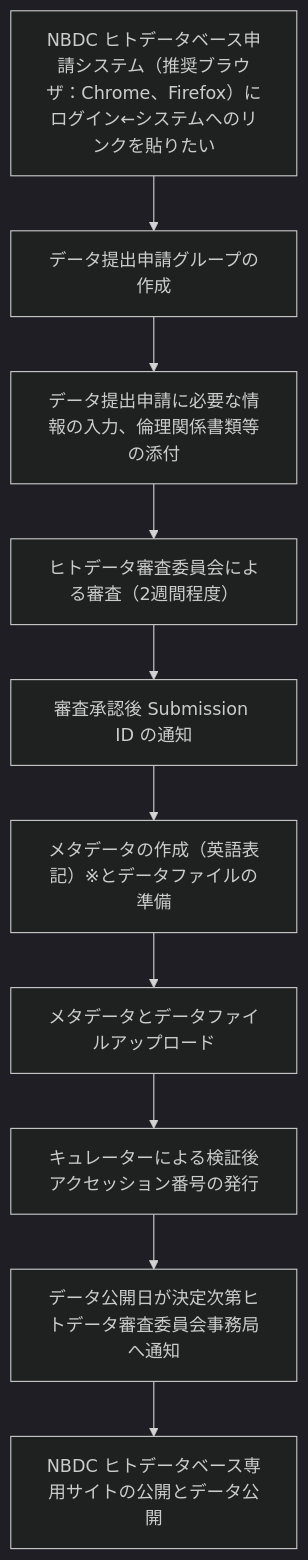
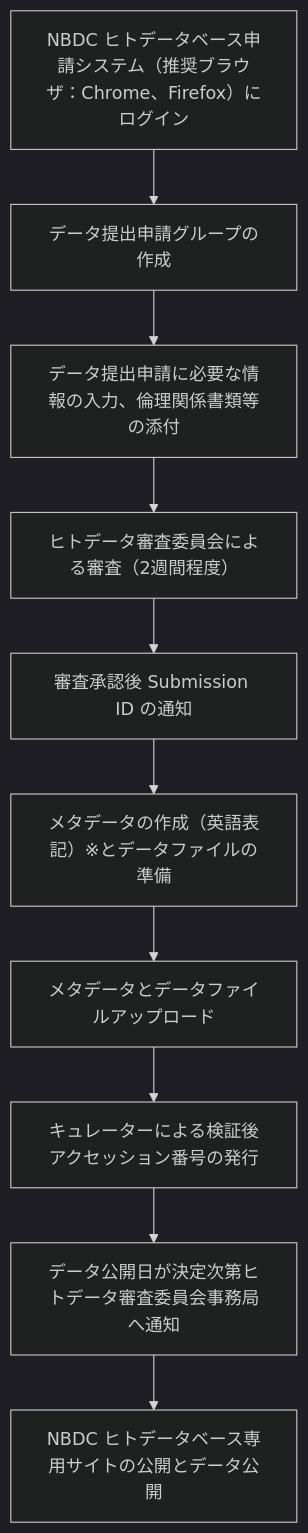
Before and after one commit to ddbj/db-portal: the diagram in page-contents/jga/index.md, drawn with Mermaid (dark theme). The commit also changed other lines of this file, not shown here.

````diff
--- a/page-contents/jga/index.md
+++ b/page-contents/jga/index.md
@@ -62,14 +62,14 @@
 ```mermaid
 flowchart TD
-  S1[NBDC ヒトデータベース申請システム（推奨ブラウザ：Chrome、Firefox）にログイン←システムへのリンクを貼りたい] 
+  S1[NBDC ヒトデータベース申請システム（推奨ブラウザ：Chrome、Firefox）にログイン] 
   S2[データ提出申請グループの作成]
   S3[データ提出申請に必要な情報の入力、倫理関係書類等の添付]
   S4[ヒトデータ審査委員会による審査（2週間程度）]
   S5[審査承認後 Submission ID の通知]
   S6[メタデータの作成（英語表記）※とデータファイルの準備]
   S7[メタデータとデータファイルアップロード]
   S8[キュレーターによる検証後アクセッション番号の発行]
   S9[データ公開日が決定次第ヒトデータ審査委員会事務局へ通知]
   S10[NBDC ヒトデータベース専用サイトの公開とデータ公開]
   S1 --> S2 --> S3 --> S4 --> S5 --> S6 --> S7 --> S8 --> S9 --> S10
 ```
````
